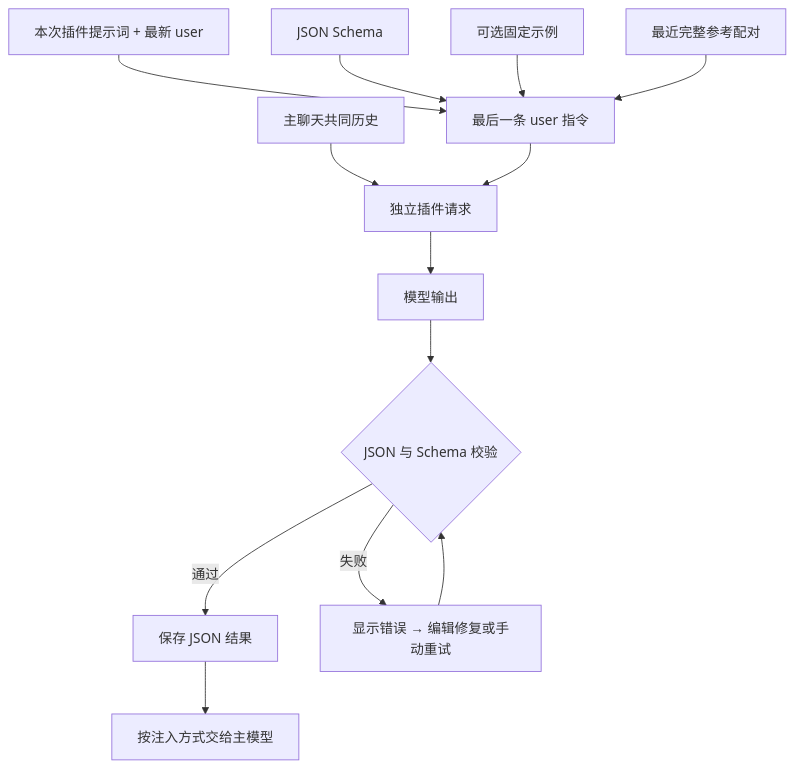
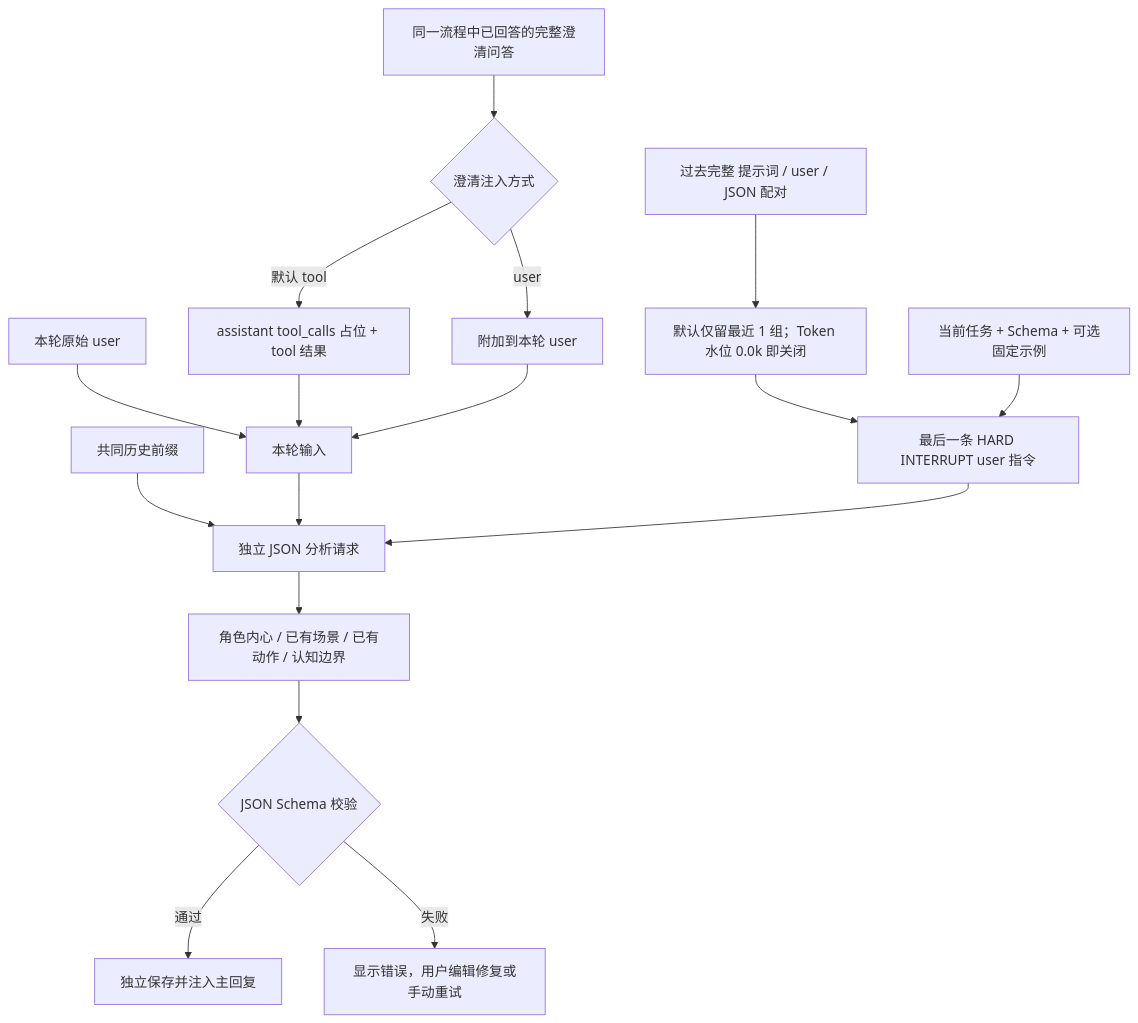
The third of 7 diagrams in docs/PLUGINS.md (ccawmiku/workers-chat), drawn with Mermaid before and after one commit. The commit also changed other lines of this file and 11 other files, not shown here.

````diff
--- a/docs/PLUGINS.md
+++ b/docs/PLUGINS.md
@@ -78,15 +88,19 @@
 ```mermaid
 flowchart TD
-    H[主聊天共同历史] --> Request[独立插件请求]
-    P[本次插件提示词 + 最新 user] --> Tail[最后一条 user 指令]
-    S[JSON Schema] --> Tail
-    E[可选固定示例] --> Tail
-    R[最近完整参考配对] --> Tail
+    H[共同历史前缀] --> Request[独立 JSON 分析请求]
+    U[本轮原始 user] --> Context[本轮输入]
+    Q[同一流程中已回答的完整澄清问答] --> Mode{澄清注入方式}
+    Mode -->|默认 tool| Tool[assistant tool_calls 占位 + tool 结果]
+    Mode -->|user| Append[附加到本轮 user]
+    Tool --> Context
+    Append --> Context
+    Context --> Request
+    Old[过去完整 提示词 / user / JSON 配对] --> Limit[默认仅留最近 1 组；Token 水位 0.0k 即关闭]
+    Limit --> Tail[最后一条 HARD INTERRUPT user 指令]
+    Prompt[当前任务 + Schema + 可选固定示例] --> Tail
     Tail --> Request
-    Request --> Result[模型输出]
-    Result --> Validate{JSON 与 Schema 校验}
-    Validate -->|通过| Store[保存 JSON 结果]
-    Validate -->|失败| Fix[显示错误 → 编辑修复或手动重试]
-    Fix --> Validate
-    Store --> Main[按注入方式交给主模型]
+    Request --> Result[角色内心 / 已有场景 / 已有动作 / 认知边界]
+    Result --> Validate{JSON Schema 校验}
+    Validate -->|通过| Store[独立保存并注入主回复]
+    Validate -->|失败| Fix[显示错误，用户编辑修复或手动重试]
 ```
````
